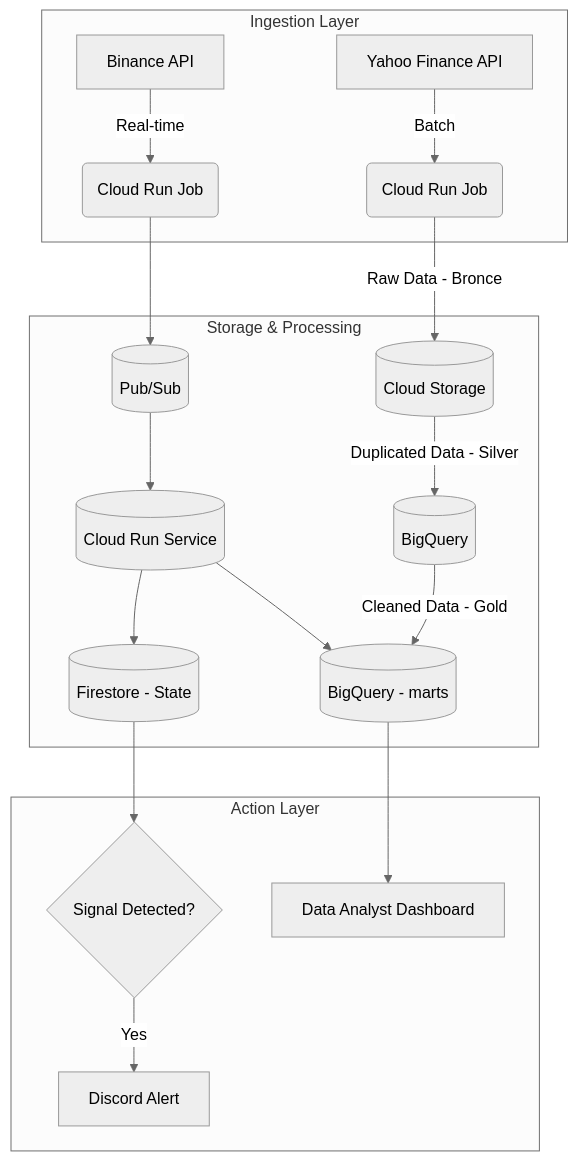
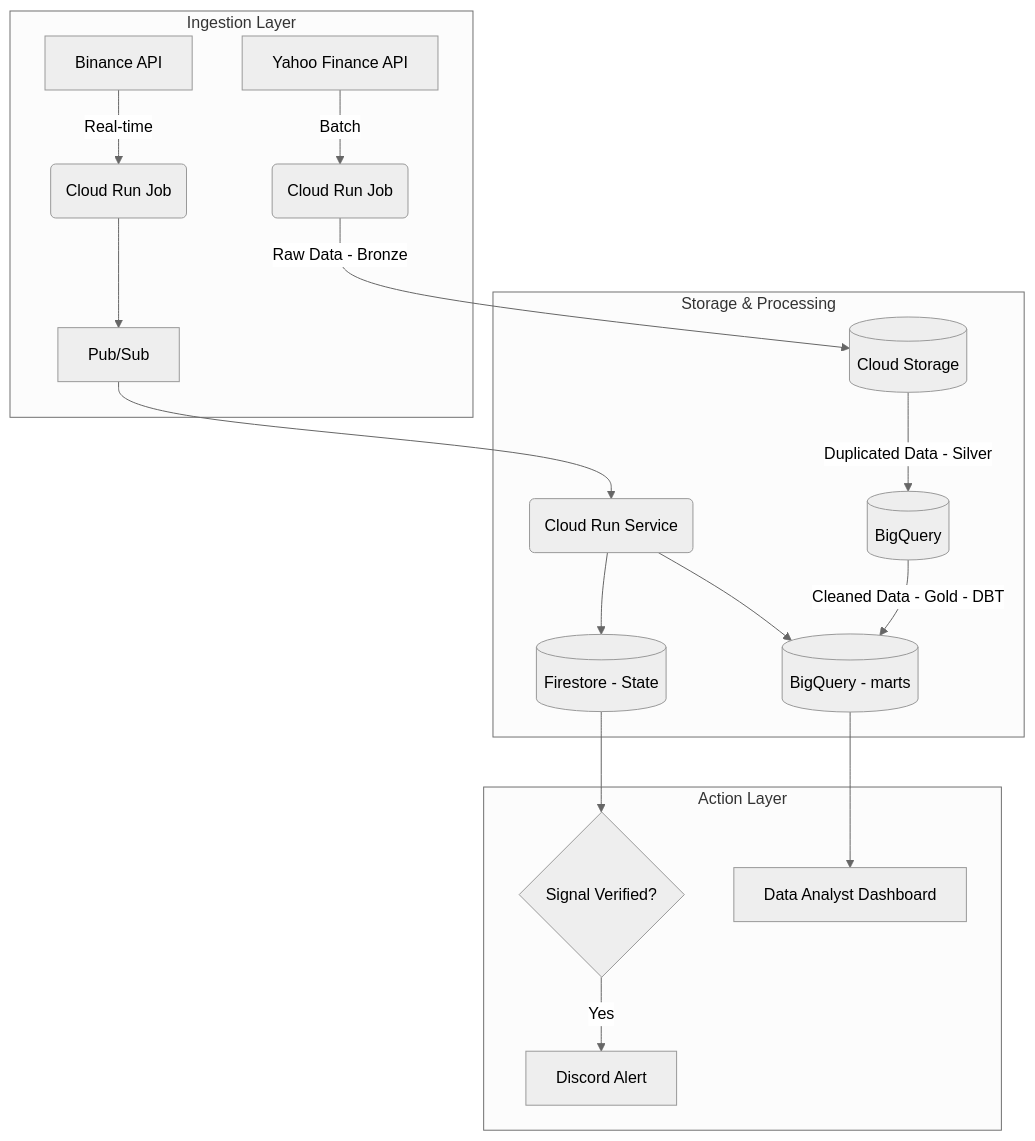
Before and after one commit to AFGU94/gcp-financial-data-platform: the diagram in README.md, drawn with Mermaid (neutral theme). The commit also changed other lines of this file and 1 other file, not shown here.

Commit message:
data flow

````diff
--- a/README.md
+++ b/README.md
@@ -12,23 +12,23 @@
 ```mermaid
 graph TD
     subgraph "Ingestion Layer"
         A[Yahoo Finance API] -->|Batch| B(Cloud Run Job)
         C[Binance API] -->|Real-time| D(Cloud Run Job)
+        D --> K[Pub/Sub]
     end
 
     subgraph "Storage & Processing"
-        B --> |Raw Data - Bronce|E[(Cloud Storage)]
+        B --> |Raw Data - Bronze|E[(Cloud Storage)]
         E --> |Duplicated Data - Silver|F[(BigQuery)]
-        F --> |Cleaned Data - Gold|I[(BigQuery - marts)]
-        D --> K[(Pub/Sub)]
-        K --> L[(Cloud Run Service)]
+        F --> |Cleaned Data - Gold - DBT|I[(BigQuery - marts)]
+        K --> L(Cloud Run Service)
         L --> G[(Firestore - State)]
         L --> I
     end
 
     subgraph "Action Layer"
-        G --> H{Signal Detected?}
+        G --> H{Signal Verified?}
         H -->|Yes| M[Discord Alert]
         I --> J[Data Analyst Dashboard]
     end
 ```
````
